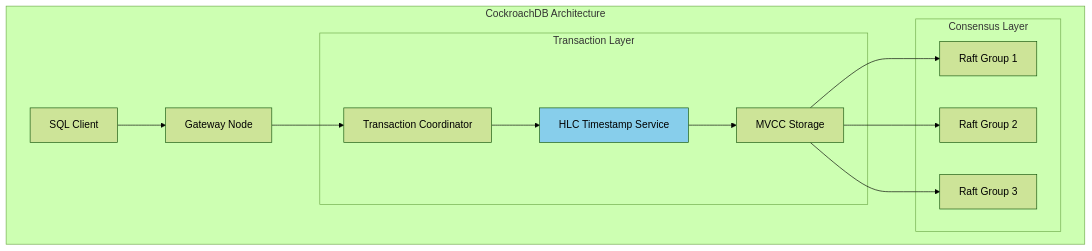
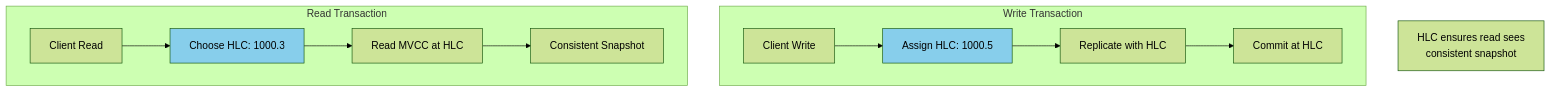
The fifth of 5 diagrams in docs/pattern-library/coordination/hlc.md (deepaucksharma/DStudio), drawn with Mermaid (forest theme) before and after one commit. The commit also changed other lines of this file and 92 other files, not shown here.

````diff
--- a/docs/pattern-library/coordination/hlc.md
+++ b/docs/pattern-library/coordination/hlc.md
@@ -487,29 +311,24 @@
 ```mermaid
 graph TB
-    subgraph "CockroachDB Architecture"
-        Client[SQL Client]
-        Gateway[Gateway Node]
-        
-        subgraph "Transaction Layer"
-            TxnCoord[Transaction Coordinator]
-            HLC[HLC Timestamp Service]
-            MVCC[MVCC Storage]
-        end
-        
-        subgraph "Consensus Layer"
-            Raft1[Raft Group 1]
-            Raft2[Raft Group 2]
-            Raft3[Raft Group 3]
-        end
+    subgraph "Write Transaction"
+        W1[Client Write]
+        W2[Assign HLC: 1000.5]
+        W3[Replicate with HLC]
+        W4[Commit at HLC]
     end
     
-    Client --> Gateway
-    Gateway --> TxnCoord
-    TxnCoord --> HLC
-    HLC --> MVCC
-    MVCC --> Raft1
-    MVCC --> Raft2
-    MVCC --> Raft3
+    subgraph "Read Transaction"
+        R1[Client Read]
+        R2[Choose HLC: 1000.3]
+        R3[Read MVCC at HLC]
+        R4[Consistent Snapshot]
+    end
     
-    style HLC fill:#87CEEB
+    W1 --> W2 --> W3 --> W4
+    R1 --> R2 --> R3 --> R4
+    
+    Note[HLC ensures read sees<br/>consistent snapshot]
+    
+    style W2 fill:#87CEEB
+    style R2 fill:#87CEEB
 ```
````
